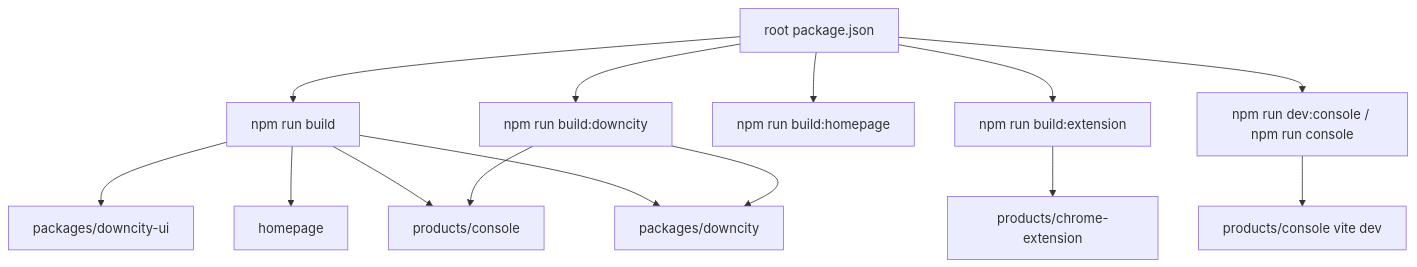
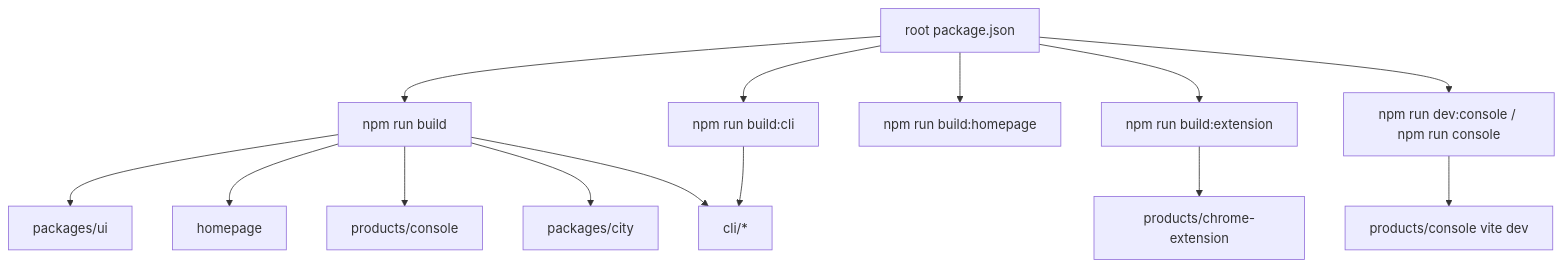
One commit to wangenius/downcity changed the fourth of 4 diagrams in homepage/content/devdocs/zh/architecture/workspace-package-structure.mdx. Above: the diagram before and after it, drawn with Mermaid. The commit also changed other lines of this file and 278 other files, not shown here.

Commit message:
refactor(cli): split terminal packages

````diff
--- a/homepage/content/devdocs/zh/architecture/workspace-package-structure.mdx
+++ b/homepage/content/devdocs/zh/architecture/workspace-package-structure.mdx
@@ -118,19 +145,19 @@
 ```mermaid
 flowchart TD
     RootPkg["root package.json"] --> BuildAll["npm run build"]
-    RootPkg --> BuildDowncity["npm run build:downcity"]
+    RootPkg --> BuildCli["npm run build:cli"]
     RootPkg --> BuildHomepage["npm run build:homepage"]
     RootPkg --> BuildExtension["npm run build:extension"]
     RootPkg --> DevConsole["npm run dev:console / npm run console"]
 
-    BuildAll --> UIBuild["packages/downcity-ui"]
+    BuildAll --> UIBuild["packages/ui"]
     BuildAll --> HomepageBuild["homepage"]
     BuildAll --> ConsoleBuild["products/console"]
-    BuildAll --> RuntimeBuild["packages/downcity"]
+    BuildAll --> RuntimeBuild["packages/city"]
+    BuildAll --> CliBuild["cli/*"]
 
-    BuildDowncity --> ConsoleBuild
-    BuildDowncity --> RuntimeBuild
+    BuildCli --> CliBuild
 
     BuildExtension --> ExtensionBuild["products/chrome-extension"]
     DevConsole --> ConsoleDev["products/console vite dev"]
 ```
````
